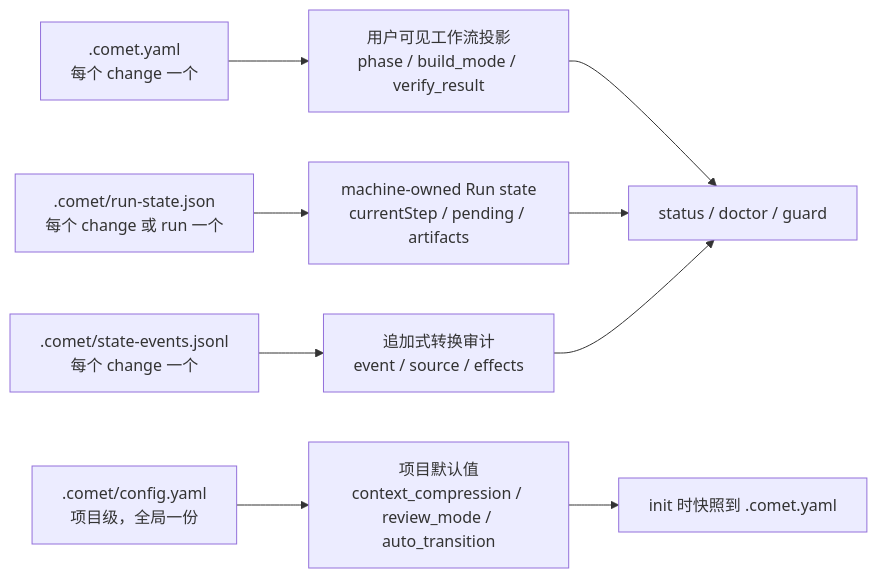
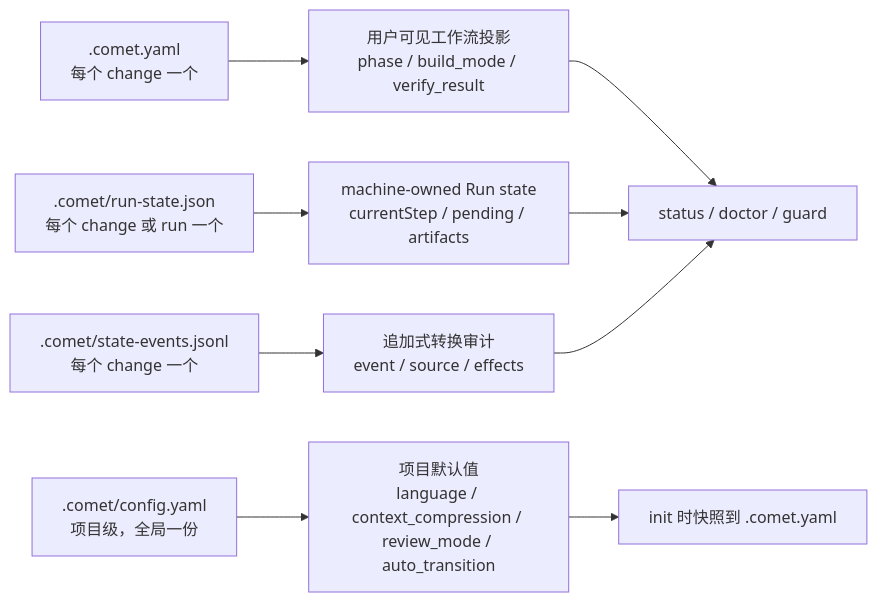
One commit to rpamis/comet-website-docs changed the diagram in zh/concepts/state-management.mdx. Above: the diagram before and after it, drawn with Mermaid. The commit also changed other lines of this file and 39 other files, not shown here.

````diff
--- a/zh/concepts/state-management.mdx
+++ b/zh/concepts/state-management.mdx
@@ -24,11 +25,11 @@
 ```mermaid
 flowchart LR
   A[".comet.yaml<br/>每个 change 一个"] --> B["用户可见工作流投影<br/>phase / build_mode / verify_result"]
   C[".comet/run-state.json<br/>每个 change 或 run 一个"] --> D["machine-owned Run state<br/>currentStep / pending / artifacts"]
   E[".comet/state-events.jsonl<br/>每个 change 一个"] --> F["追加式转换审计<br/>event / source / effects"]
-  H[".comet/config.yaml<br/>项目级，全局一份"] --> I["项目默认值<br/>context_compression / review_mode / auto_transition"]
+  H[".comet/config.yaml<br/>项目级，全局一份"] --> I["项目默认值<br/>language / context_compression / review_mode / auto_transition"]
   B --> G["status / doctor / guard"]
   D --> G
   F --> G
   I --> J["init 时快照到 .comet.yaml"]
 ```
````
